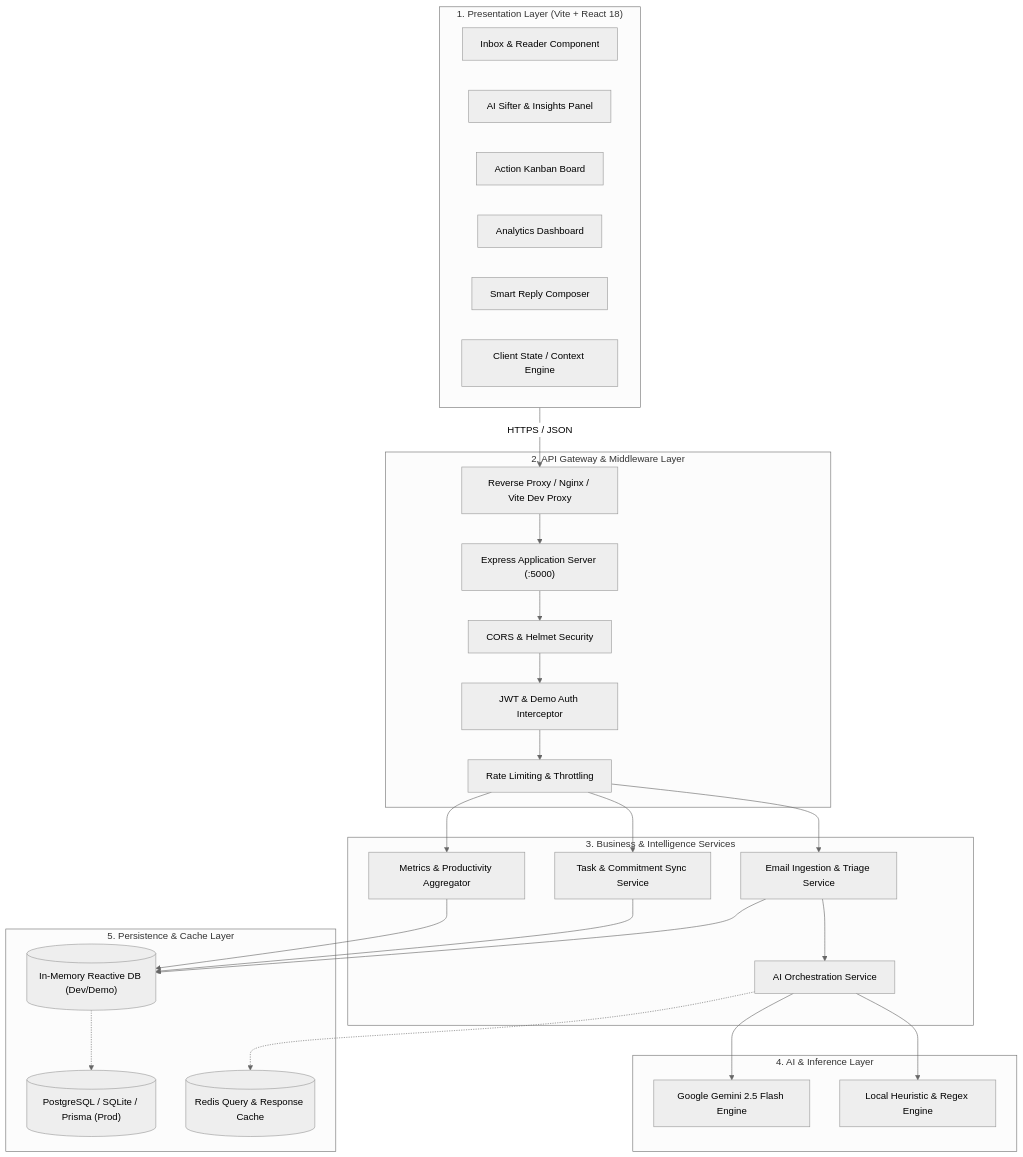
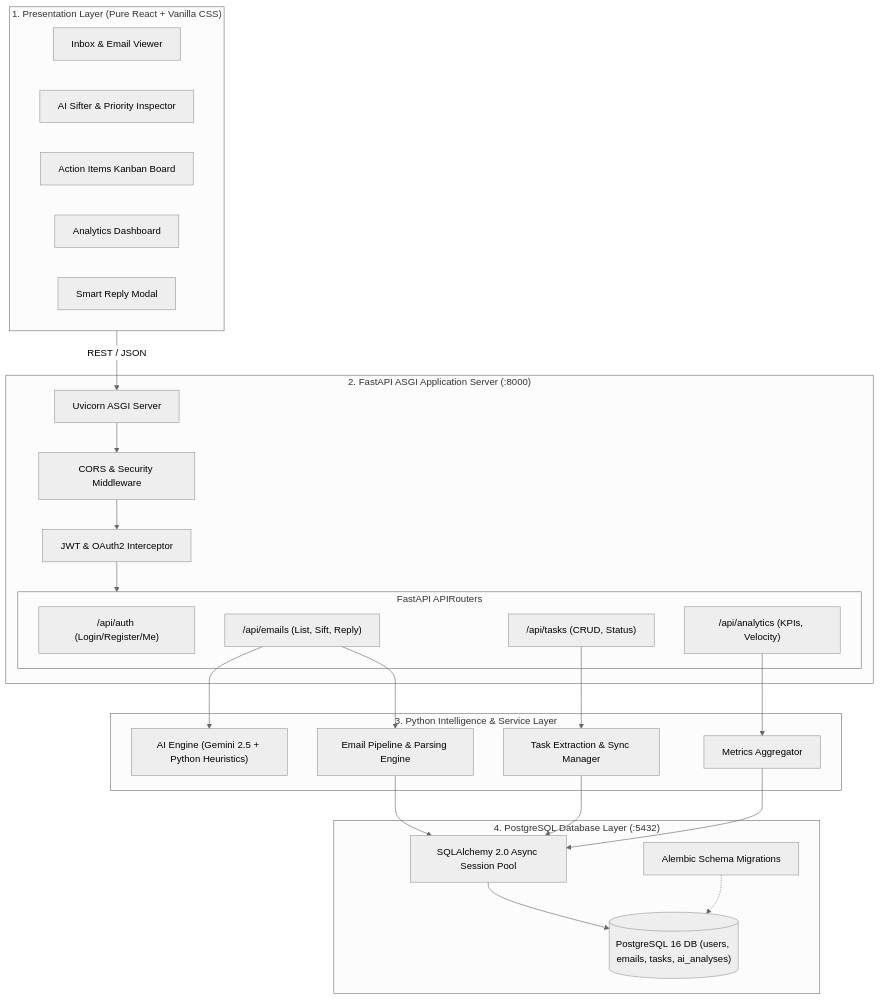
The diagram in doc/HLD.md (Techside-Pragyan/SiftMail), drawn with Mermaid (neutral theme) before and after one commit. The commit also changed other lines of this file and 1 other file, not shown here.

Commit message:
docs: add technical requirements document for SiftMail system architecture

````diff
--- a/doc/HLD.md
+++ b/doc/HLD.md
@@ -18,57 +15,52 @@
 ```mermaid
 graph TB
-    subgraph ClientLayer ["1. Presentation Layer (Vite + React 18)"]
-        UI_Inbox["Inbox & Reader Component"]
-        UI_Sifter["AI Sifter & Insights Panel"]
-        UI_Tasks["Action Kanban Board"]
+    subgraph ClientLayer ["1. Presentation Layer (Pure React + Vanilla CSS)"]
+        UI_Inbox["Inbox & Email Viewer"]
+        UI_Sifter["AI Sifter & Priority Inspector"]
+        UI_Kanban["Action Items Kanban Board"]
         UI_Analytics["Analytics Dashboard"]
-        UI_Composer["Smart Reply Composer"]
-        StateStore["Client State / Context Engine"]
+        UI_Composer["Smart Reply Modal"]
     end
 
-    subgraph GatewayLayer ["2. API Gateway & Middleware Layer"]
-        ReverseProxy["Reverse Proxy / Nginx / Vite Dev Proxy"]
-        ExpressApp["Express Application Server (:5000)"]
-        CORS["CORS & Helmet Security"]
-        AuthMiddleware["JWT & Demo Auth Interceptor"]
-        RateLimiter["Rate Limiting & Throttling"]
+    subgraph APILayer ["2. FastAPI ASGI Application Server (:8000)"]
+        Uvicorn["Uvicorn ASGI Server"]
+        CORSMid["CORS & Security Middleware"]
+        AuthMid["JWT & OAuth2 Interceptor"]
+        
+        subgraph Routers ["FastAPI APIRouters"]
+            AuthRouter["/api/auth (Login/Register/Me)"]
+            EmailRouter["/api/emails (List, Sift, Reply)"]
+            TaskRouter["/api/tasks (CRUD, Status)"]
+            AnalyticsRouter["/api/analytics (KPIs, Velocity)"]
+        end
     end
 
-    subgraph ServiceLayer ["3. Business & Intelligence Services"]
-        EmailService["Email Ingestion & Triage Service"]
-        AIService["AI Orchestration Service"]
-        TaskService["Task & Commitment Sync Service"]
-        AnalyticsService["Metrics & Productivity Aggregator"]
+    subgraph ServiceLayer ["3. Python Intelligence & Service Layer"]
+        AIService["AI Engine (Gemini 2.5 + Python Heuristics)"]
+        EmailService["Email Pipeline & Parsing Engine"]
+        TaskService["Task Extraction & Sync Manager"]
+        AnalyticsService["Metrics Aggregator"]
     end
 
-    subgraph ModelLayer ["4. AI & Inference Layer"]
-        GeminiSDK["Google Gemini 2.5 Flash Engine"]
-        HeuristicNLP["Local Heuristic & Regex Engine"]
+    subgraph DBLayer ["4. PostgreSQL Database Layer (:5432)"]
+        SQLAlchemy["SQLAlchemy 2.0 Async Session Pool"]
+        Alembic["Alembic Schema Migrations"]
+        PostgresDB[("PostgreSQL 16 DB (users, emails, tasks, ai_analyses)")]
     end
 
-    subgraph StorageLayer ["5. Persistence & Cache Layer"]
-        ReactiveStore[("In-Memory Reactive DB (Dev/Demo)")]
-        PersistentDB[("PostgreSQL / SQLite / Prisma (Prod)")]
-        RedisCache[("Redis Query & Response Cache")]
-    end
-
-    %% Wiring
-    ClientLayer -->|HTTPS / JSON| ReverseProxy
-    ReverseProxy --> ExpressApp
-    ExpressApp --> CORS --> AuthMiddleware --> RateLimiter
+    ClientLayer -->|REST / JSON| Uvicorn
+    Uvicorn --> CORSMid --> AuthMid
+    AuthMid --> Routers
     
-    RateLimiter --> EmailService
-    RateLimiter --> TaskService
-    RateLimiter --> AnalyticsService
+    EmailRouter --> EmailService
+    EmailRouter --> AIService
+    TaskRouter --> TaskService
+    AnalyticsRouter --> AnalyticsService
     
-    EmailService --> AIService
-    AIService --> GeminiSDK
-    AIService --> HeuristicNLP
+    EmailService --> SQLAlchemy
+    TaskService --> SQLAlchemy
+    AnalyticsService --> SQLAlchemy
     
-    EmailService --> ReactiveStore
-    TaskService --> ReactiveStore
-    AnalyticsService --> ReactiveStore
-    
-    ReactiveStore -.-> PersistentDB
-    AIService -.-> RedisCache
+    SQLAlchemy --> PostgresDB
+    Alembic -.-> PostgresDB
 ```
````
